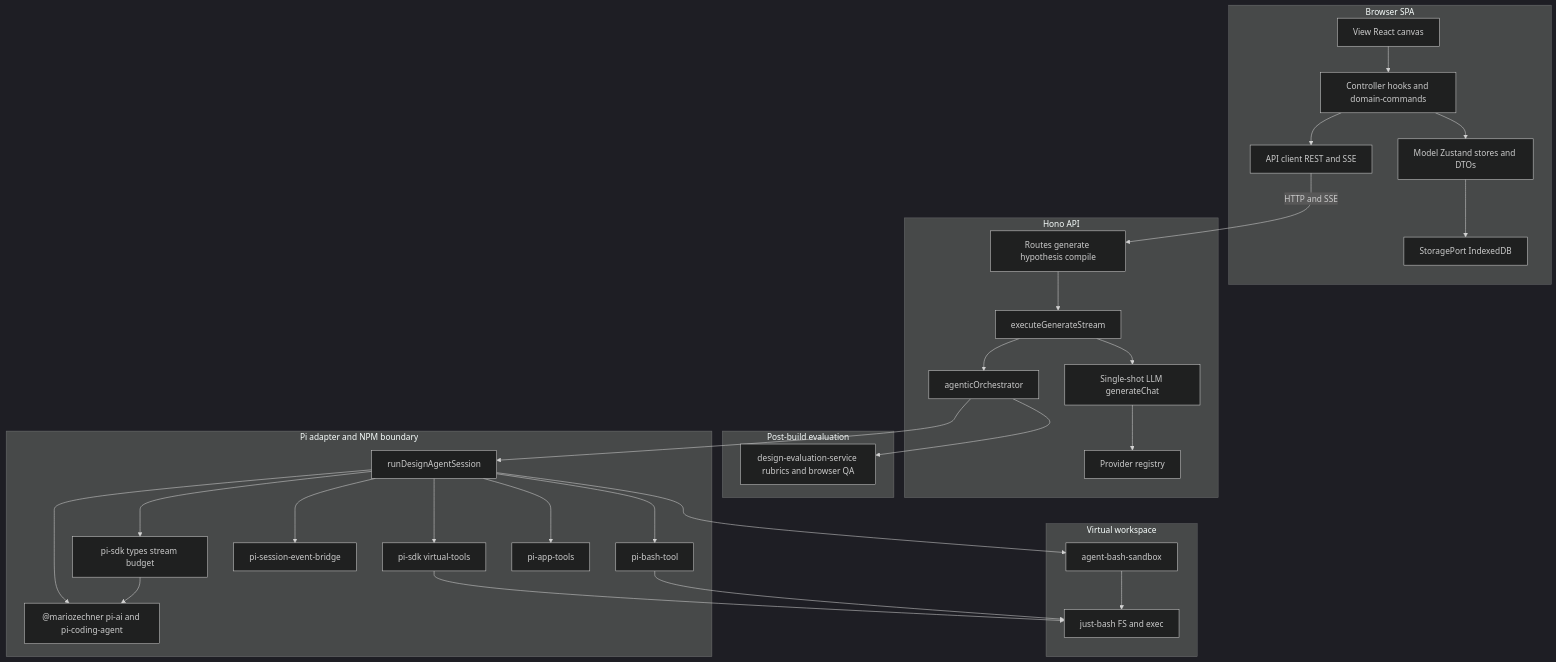
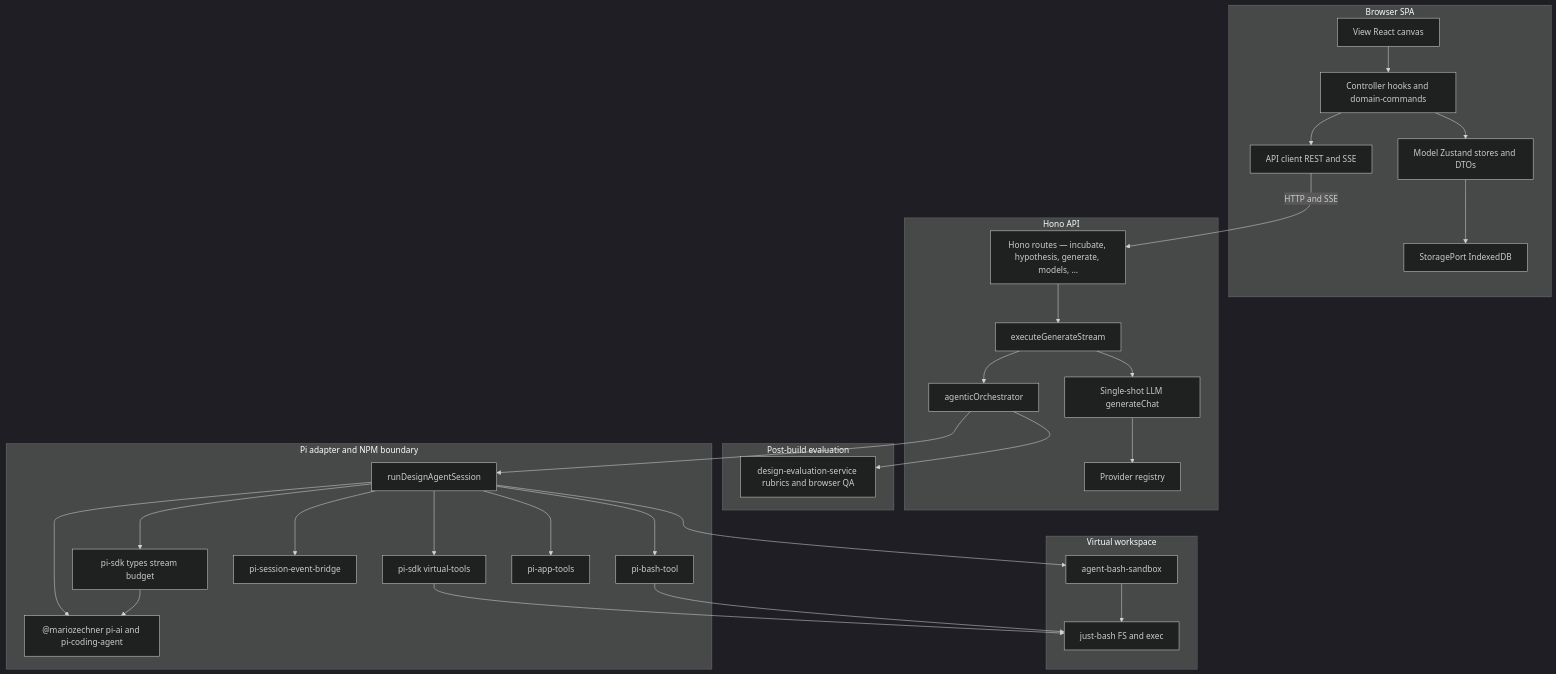
The second of 4 diagrams in ARCHITECTURE.md (wolfyy970/designer), drawn with Mermaid (dark theme) before and after one commit. The commit also changed other lines of this file and 8 other files, not shown here.

````diff
--- a/ARCHITECTURE.md
+++ b/ARCHITECTURE.md
@@ -41,61 +41,61 @@
 ```mermaid
 flowchart TB
   subgraph client [Browser SPA]
     viewLayer[View React canvas]
     controllerLayer[Controller hooks and domain-commands]
     modelLayer[Model Zustand stores and DTOs]
     storagePort[StoragePort IndexedDB]
     apiClient[API client REST and SSE]
     viewLayer --> controllerLayer
     controllerLayer --> modelLayer
     controllerLayer --> apiClient
     modelLayer --> storagePort
   end
 
   subgraph server [Hono API]
-    routes[Routes generate hypothesis compile]
+    routes[Hono routes — incubate, hypothesis, generate, models, …]
     genExec[executeGenerateStream]
     singleShot[Single-shot LLM generateChat]
     providers[Provider registry]
     agentOrch[agenticOrchestrator]
     routes --> genExec
     genExec --> singleShot
     genExec --> agentOrch
     singleShot --> providers
   end
 
   subgraph evaluation [Post-build evaluation]
     evalSvc[design-evaluation-service rubrics and browser QA]
   end
 
   subgraph piAdapter [Pi adapter and NPM boundary]
     runSession[runDesignAgentSession]
     virtualTools[pi-sdk virtual-tools]
     piSdkRest[pi-sdk types stream budget]
     piNpm["@mariozechner pi-ai and pi-coding-agent"]
     eventBridge[pi-session-event-bridge]
     bashTool[pi-bash-tool]
     appTools[pi-app-tools]
     runSession --> virtualTools
     runSession --> piSdkRest
     runSession --> piNpm
     runSession --> eventBridge
     runSession --> bashTool
     runSession --> appTools
     piSdkRest --> piNpm
   end
 
   subgraph vws [Virtual workspace]
     sandboxSeed[agent-bash-sandbox]
     bashRuntime[just-bash FS and exec]
     sandboxSeed --> bashRuntime
   end
 
   agentOrch --> evalSvc
   agentOrch --> runSession
   runSession --> sandboxSeed
   virtualTools --> bashRuntime
   bashTool --> bashRuntime
 
   apiClient -->|HTTP and SSE| routes
 ```
````
